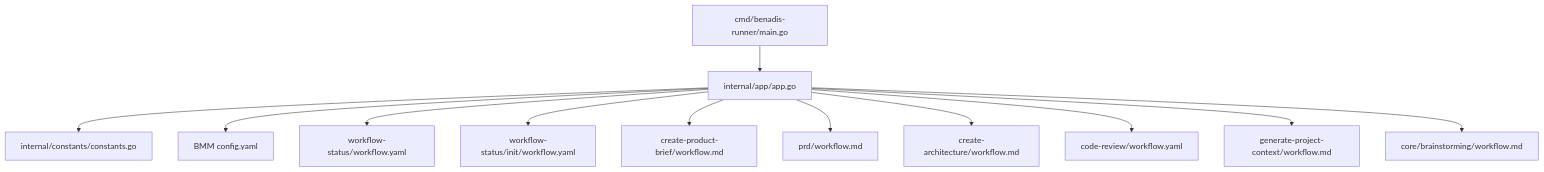
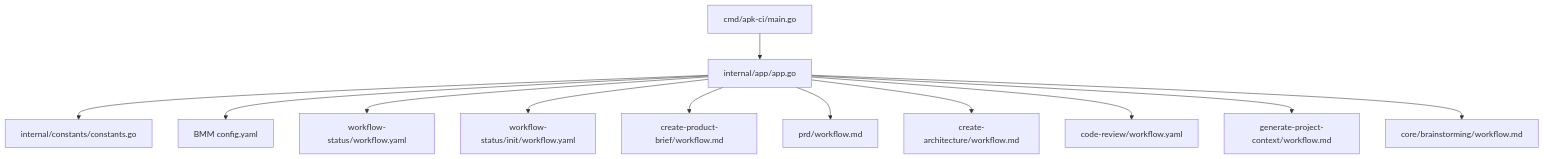
The ninth of 9 diagrams in .qoder/repowiki/en/content/Workflow Management.md (Kargones/apk-ci), drawn with Mermaid before and after one commit. The commit also changed other lines of this file and 189 other files, not shown here.

Commit message:
Замена benadis-runner на apk-ci.

````diff
--- a/.qoder/repowiki/en/content/Workflow Management.md
+++ b/.qoder/repowiki/en/content/Workflow Management.md
@@ -277,14 +277,14 @@
 ```mermaid
 graph TB
-CLI["cmd/benadis-runner/main.go"] --> APP["internal/app/app.go"]
+CLI["cmd/apk-ci/main.go"] --> APP["internal/app/app.go"]
 APP --> CONST["internal/constants/constants.go"]
 APP --> CFG["BMM config.yaml"]
 APP --> WS_MASTER["workflow-status/workflow.yaml"]
 APP --> WS_INIT["workflow-status/init/workflow.yaml"]
 APP --> WF_ANALYSIS["create-product-brief/workflow.md"]
 APP --> WF_PLAN["prd/workflow.md"]
 APP --> WF_SOLUTION["create-architecture/workflow.md"]
 APP --> WF_IMPL["code-review/workflow.yaml"]
 APP --> WF_CONTEXT["generate-project-context/workflow.md"]
 APP --> WF_BRAINSTORM["core/brainstorming/workflow.md"]
 ```
````
